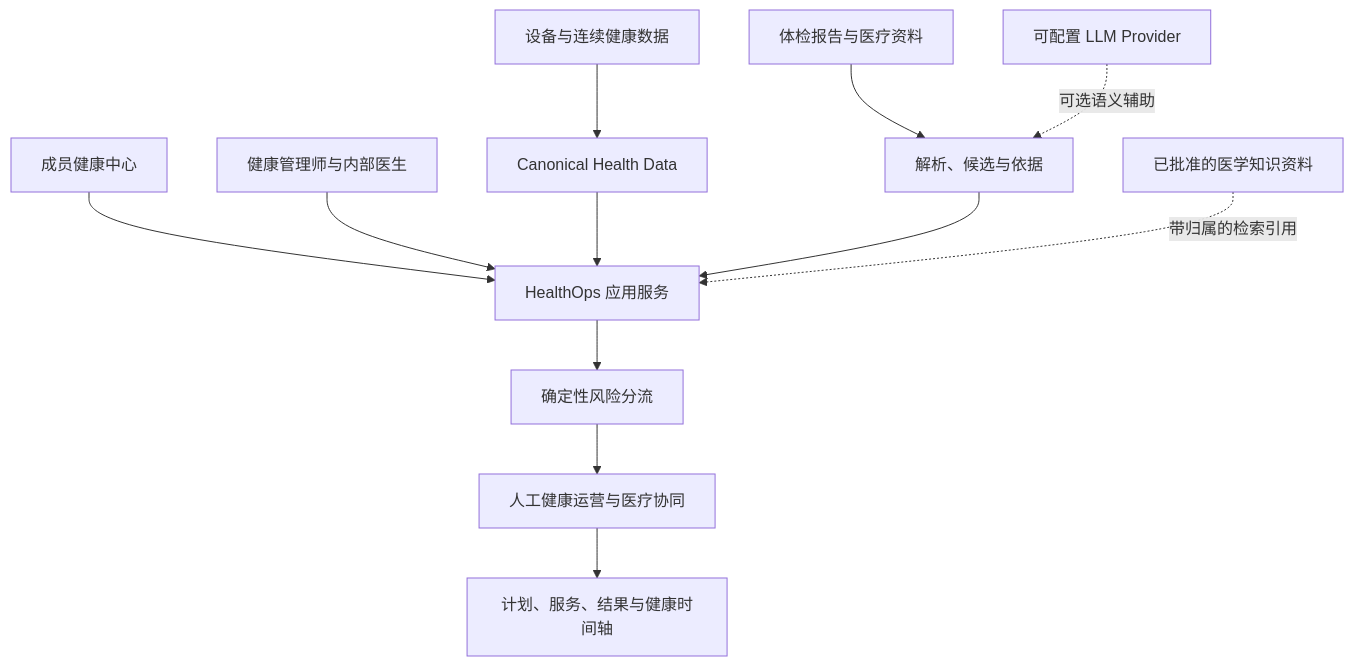
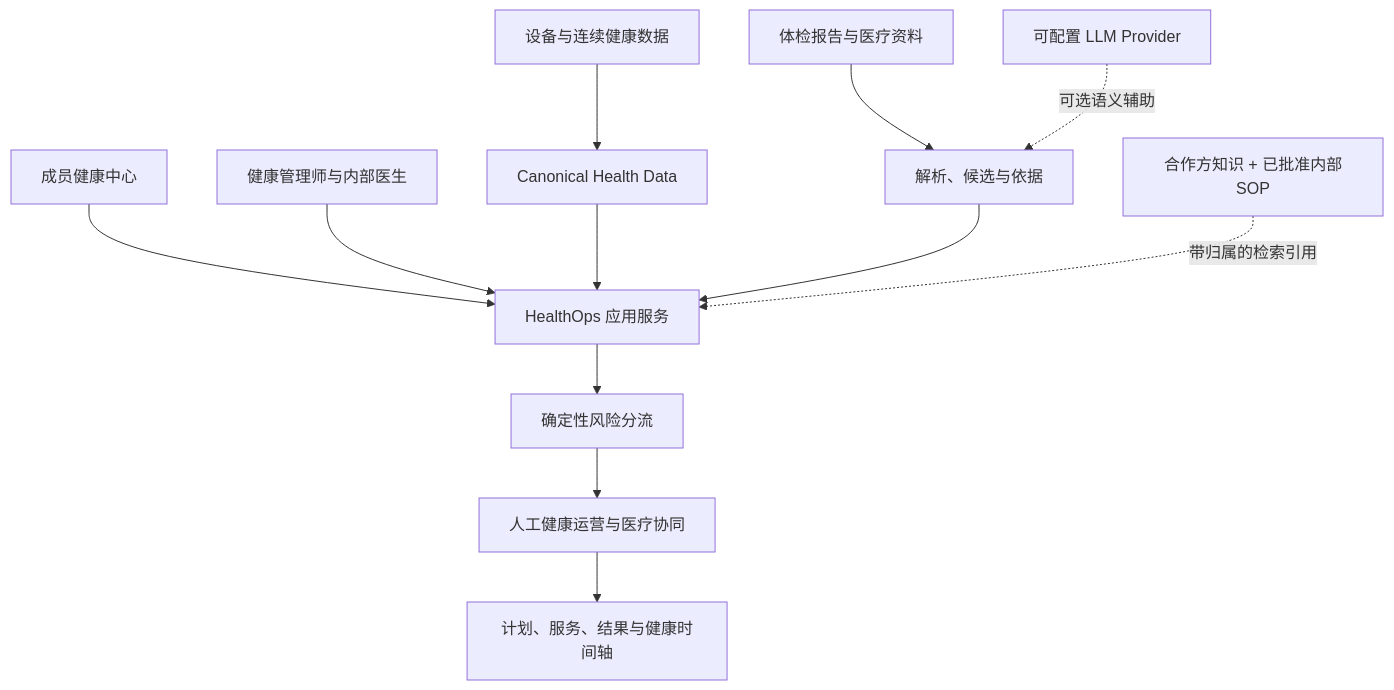
One commit to KaedeharaT/executive-healthops changed the third of 3 diagrams in README_zh.md. Above: the diagram before and after it, drawn with Mermaid. The commit also changed other lines of this file and 29 other files, not shown here.

````diff
--- a/README_zh.md
+++ b/README_zh.md
@@ -121,14 +123,14 @@
 ```mermaid
 flowchart TB
     M[成员健康中心] --> P[HealthOps 应用服务]
     O[健康管理师与内部医生] --> P
     D[设备与连续健康数据] --> C[Canonical Health Data]
     R[体检报告与医疗资料] --> X[解析、候选与依据]
     L[可配置 LLM Provider] -.可选语义辅助.-> X
     C --> P
     X --> P
     P --> K[确定性风险分流]
     K --> W[人工健康运营与医疗协同]
     W --> T[计划、服务、结果与健康时间轴]
-    N[已批准的医学知识资料] -.带归属的检索引用.-> P
+    N[合作方知识 + 已批准内部SOP] -.带归属的检索引用.-> P
 ```
````
